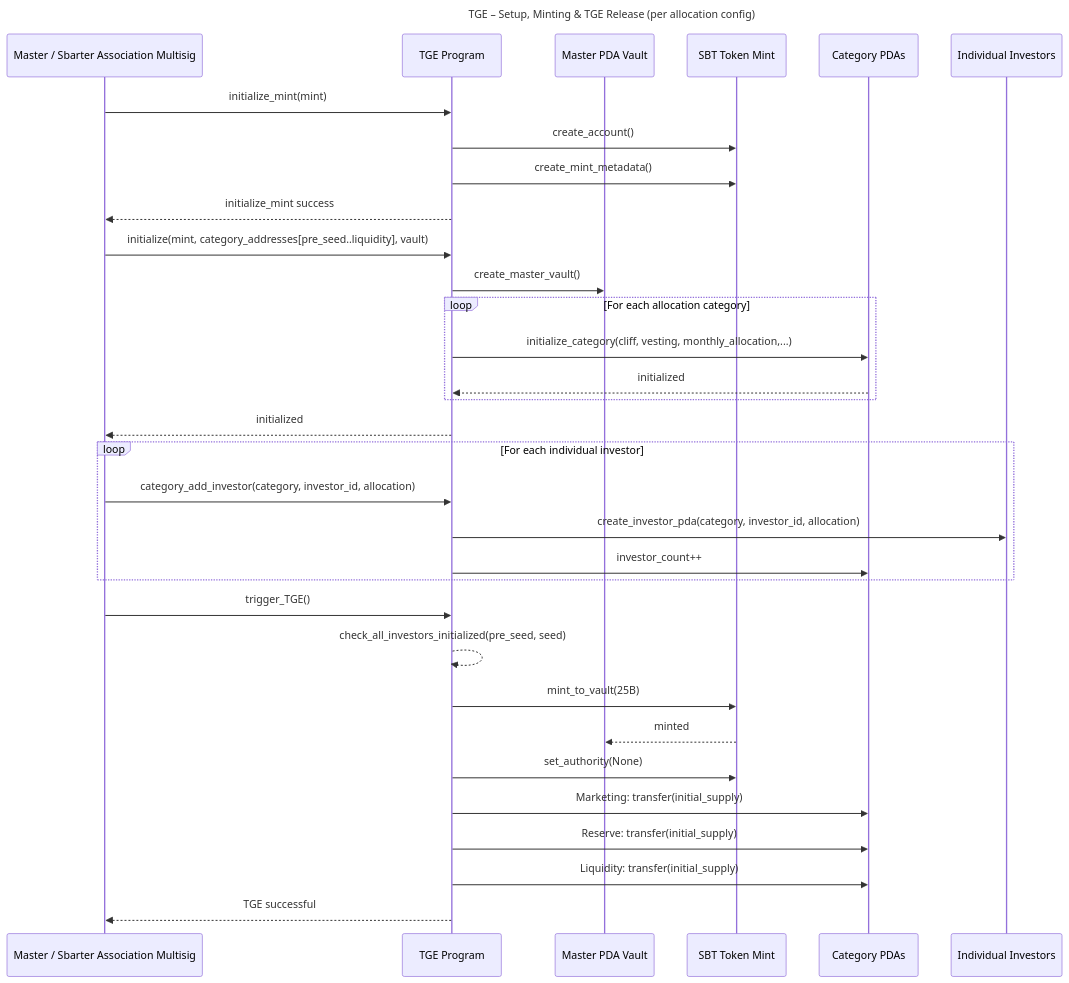
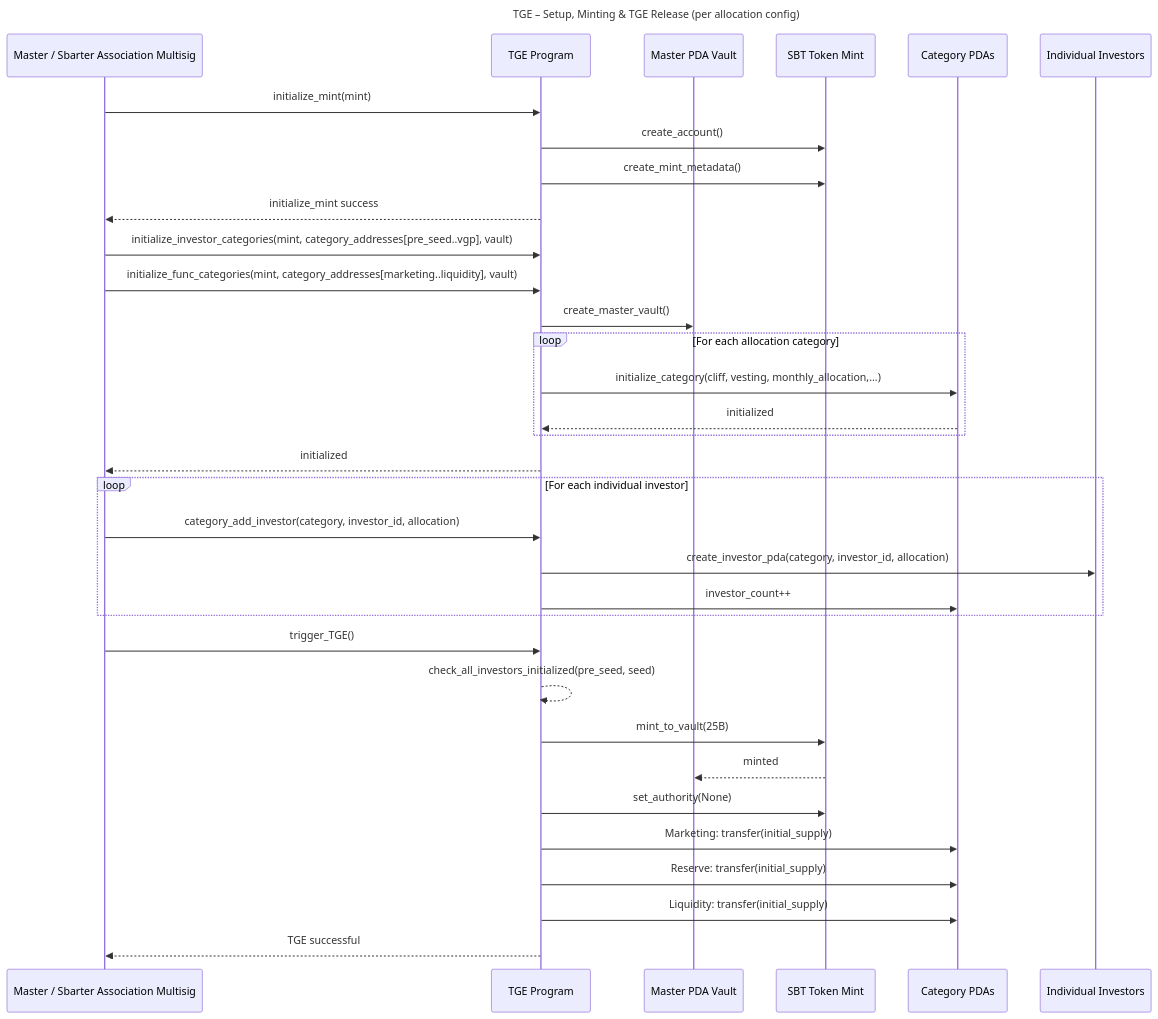
One commit to sbarter/blockchain-token-solana-program changed the first of 3 diagrams in README.md. Above: the diagram before and after it, drawn with Mermaid. The commit also changed other lines of this file, not shown here.

Commit message:
docs: adjust README.md

````diff
--- a/README.md
+++ b/README.md
@@ -45,42 +47,43 @@
 ```mermaid
 sequenceDiagram
     title TGE – Setup, Minting & TGE Release (per allocation config)
 
     participant Admin as Master / Sbarter Association Multisig
     participant Program as TGE Program
     participant MasterPda as Master PDA Vault
     participant Mint as SBT Token Mint
     participant Category as Category PDAs
     participant Investor as Individual Investors
 
     Admin->>Program: initialize_mint(mint)
     Program->>Mint: create_account()
     Program->>Mint: create_mint_metadata()
     Program-->>Admin: initialize_mint success
-    Admin->>Program: initialize(mint, category_addresses[pre_seed..liquidity], vault)
+    Admin->>Program: initialize_investor_categories(mint, category_addresses[pre_seed..vgp], vault)
+    Admin->>Program: initialize_func_categories(mint, category_addresses[marketing..liquidity], vault)
     Program->>MasterPda: create_master_vault()
 
     loop For each allocation category
         Program->>Category: initialize_category(cliff, vesting, monthly_allocation,...)
         Category-->>Program: initialized
     end
     Program-->>Admin: initialized
 
     loop For each individual investor
         Admin->>Program: category_add_investor(category, investor_id, allocation)
         Program->>Investor: create_investor_pda(category, investor_id, allocation)
         Program->>Category: investor_count++
     end
 
     %% 3. At TGE moment
     Admin->>Program: trigger_TGE()
     Program-->>Program: check_all_investors_initialized(pre_seed, seed)
     Program->>Mint: mint_to_vault(25B)
     Mint-->>MasterPda: minted
     Program->>Mint: set_authority(None)
     Program->>Category: Marketing: transfer(initial_supply)
     Program->>Category: Reserve: transfer(initial_supply)
     Program->>Category: Liquidity: transfer(initial_supply)
 
     Program-->>Admin: TGE successful
 ```
````
